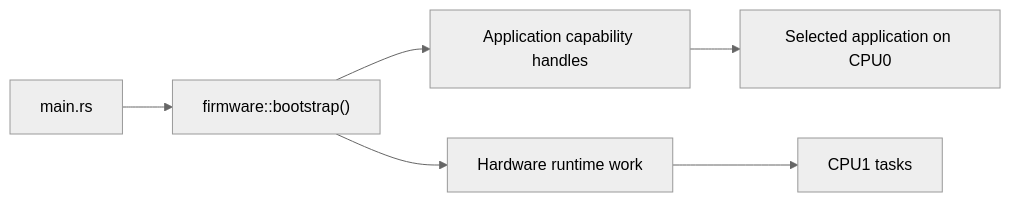
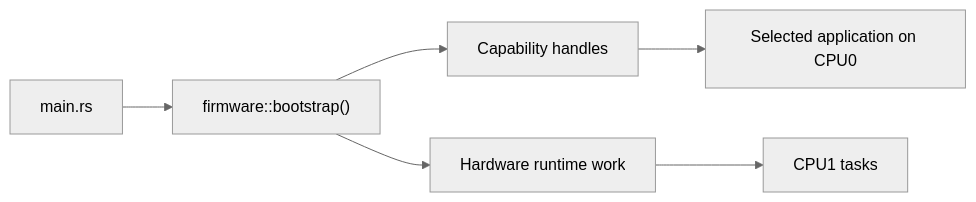
Before and after one commit to wackazong/hackandhike-2026: the second of 17 diagrams in README.md, drawn with Mermaid (neutral theme). The commit also changed other lines of this file, not shown here.

Commit message:
Expand beginner application examples

````diff
--- a/README.md
+++ b/README.md
@@ -121,8 +121,8 @@
 ```mermaid
 flowchart LR
     Main["main.rs"] --> Bootstrap["firmware::bootstrap()"]
-    Bootstrap --> Handles["Application capability handles"]
-    Bootstrap --> Runtimes["Hardware runtime work"]
+    Bootstrap --> Handles["Capability handles"]
+    Bootstrap --> Runtime["Hardware runtime work"]
     Handles --> App["Selected application on CPU0"]
-    Runtimes --> CPU1["CPU1 tasks"]
+    Runtime --> CPU1["CPU1 tasks"]
 ```
````
